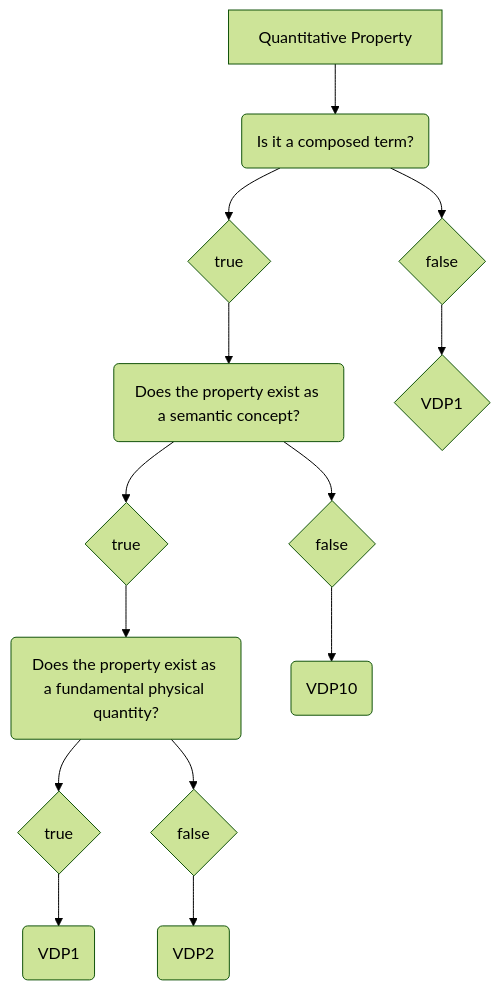
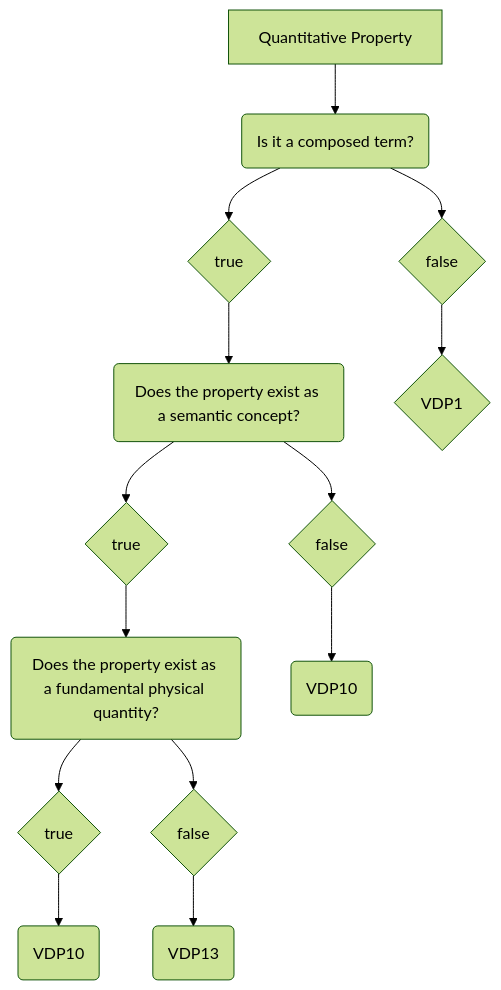
One commit to mabablue/I-ADOPT-patterns-playground changed the diagram in Decisition_trees/DT1.mmd. Above: the diagram before and after it, drawn with Mermaid (forest theme).

```diff
--- a/Decisition_trees/DT1.mmd
+++ b/Decisition_trees/DT1.mmd
@@ -1,14 +1,14 @@
 flowchart TD
     A[Quantitative Property] --> B(Is it a composed term?)
     B --> C{true}
     B --> D{false}
     C --> E(Does the property exist as a semantic concept?) 
     E --> F{true}
     E --> G{false}
     F --> H(Does the property exist as a fundamental physical quantity?)
     D --> I{VDP1} 
     G --> J(VDP10)
     H --> L{true}
-    L --> M(VDP1)
+    L --> M(VDP10)
     H --> N{false}
-    N --> O(VDP2)
+    N --> O(VDP13)
```
